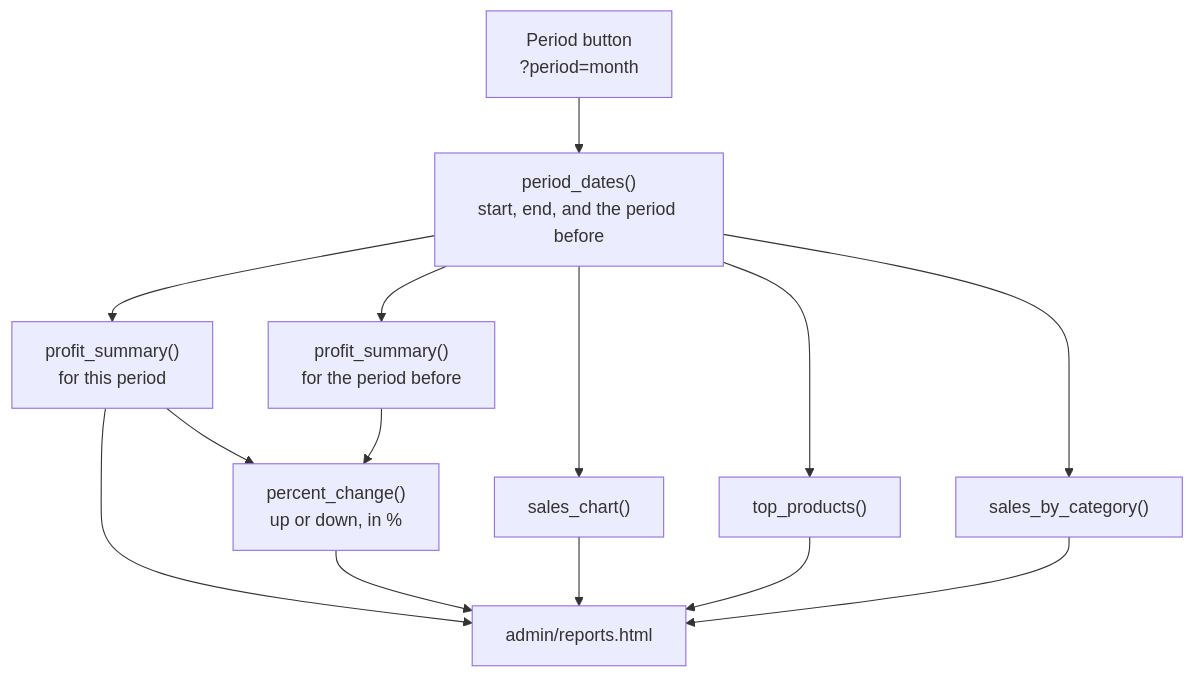
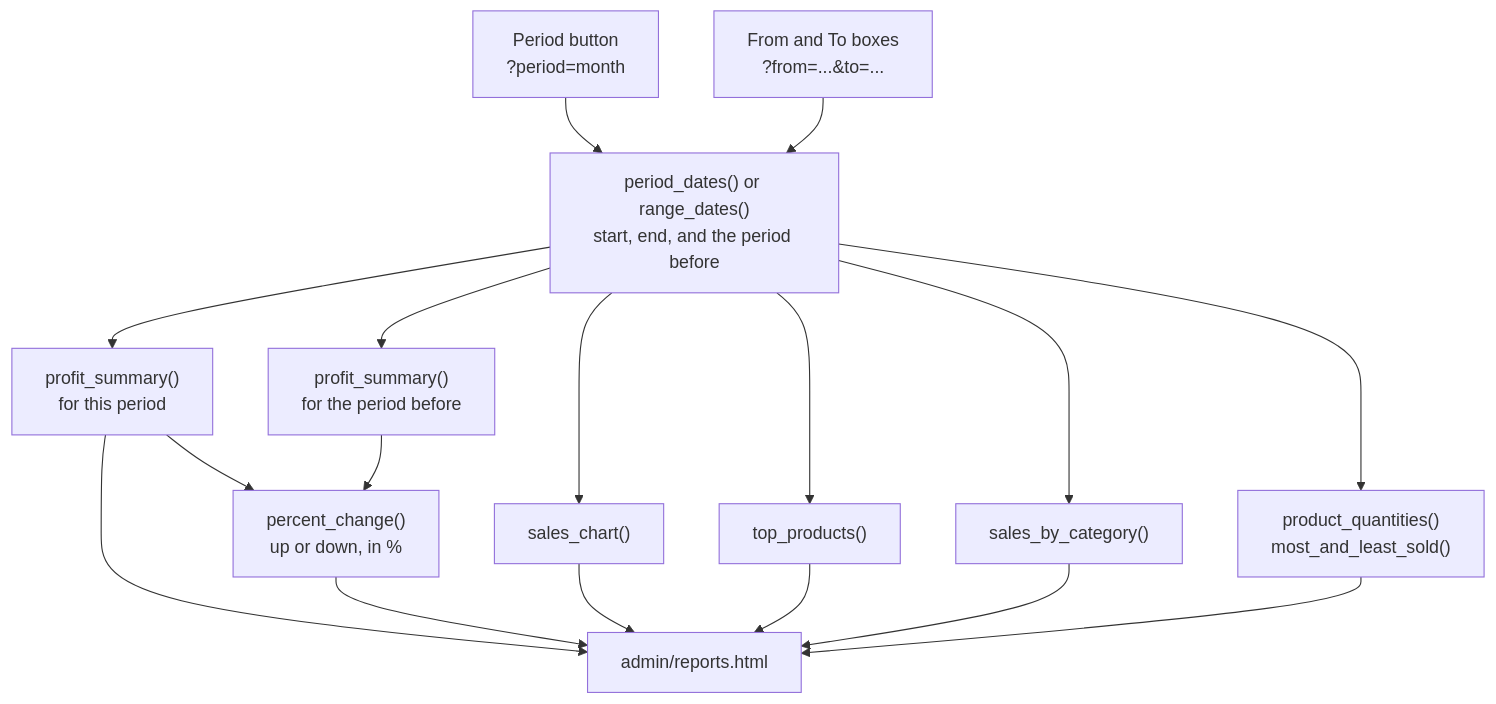
One commit to gvogas/IoT changed the diagram in docs/reports.md. Above: the diagram before and after it, drawn with Mermaid. The commit also changed other lines of this file and 10 other files, not shown here.

````diff
--- a/docs/reports.md
+++ b/docs/reports.md
@@ -58,11 +62,13 @@
 ```mermaid
 flowchart TD
-    Button["Period button<br/>?period=month"] --> Dates["period_dates()<br/>start, end, and the period before"]
+    Button["Period button<br/>?period=month"] --> Dates["period_dates() or range_dates()<br/>start, end, and the period before"]
+    Range["From and To boxes<br/>?from=...&to=..."] --> Dates
     Dates --> Now["profit_summary()<br/>for this period"]
     Dates --> Before["profit_summary()<br/>for the period before"]
     Now & Before --> Change["percent_change()<br/>up or down, in %"]
     Dates --> Chart["sales_chart()"]
     Dates --> Top["top_products()"]
     Dates --> Cat["sales_by_category()"]
-    Now & Change & Chart & Top & Cat --> Page["admin/reports.html"]
+    Dates --> Qty["product_quantities()<br/>most_and_least_sold()"]
+    Now & Change & Chart & Top & Cat & Qty --> Page["admin/reports.html"]
 ```
````
